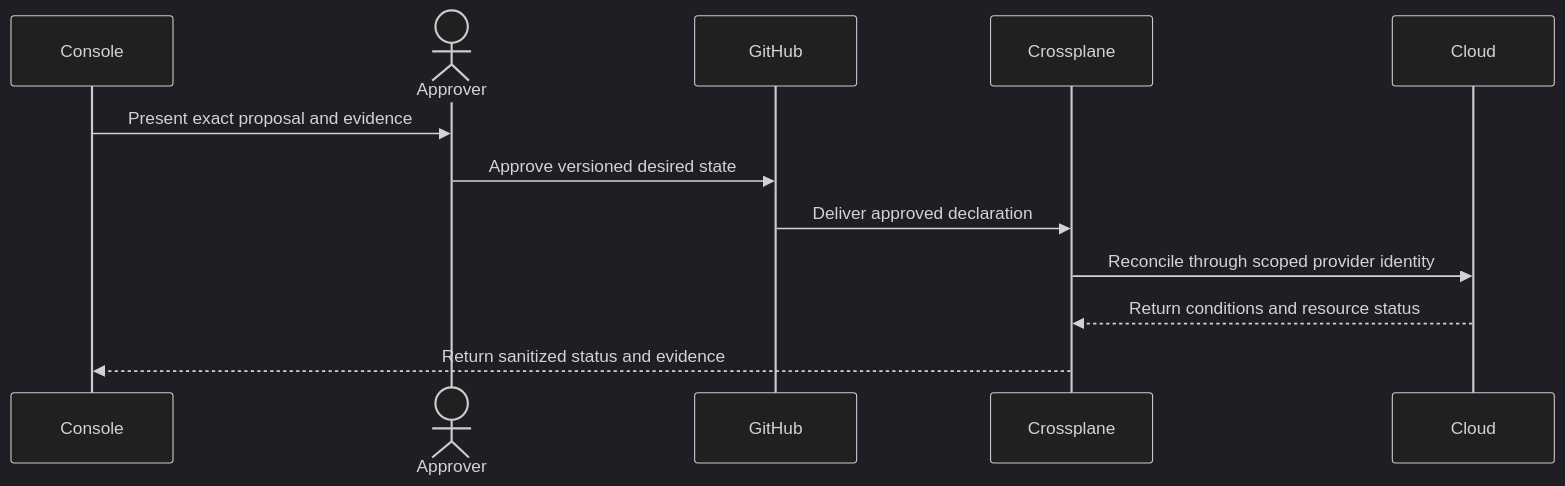
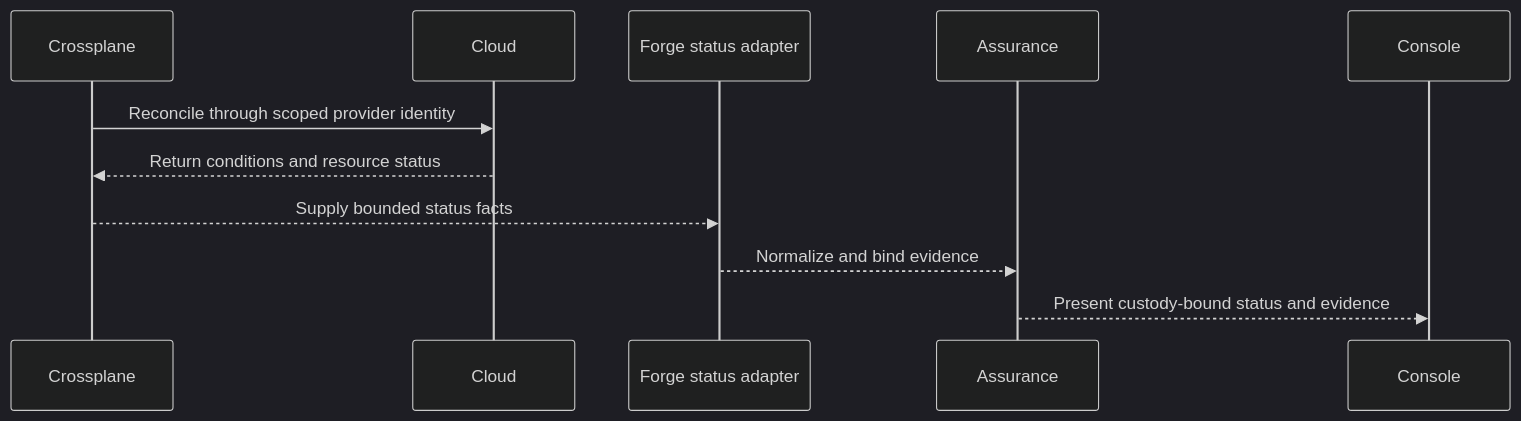
The fifth of 5 diagrams in docs/PRODUCT-ARCHITECTURE.md (InfrastructureProductWorks/ai-powered-infrastructure-as-a-product), drawn with Mermaid (dark theme) before and after one commit. The commit also changed other lines of this file, not shown here.

````diff
--- a/docs/PRODUCT-ARCHITECTURE.md
+++ b/docs/PRODUCT-ARCHITECTURE.md
@@ -181,15 +215,14 @@
 ```mermaid
 sequenceDiagram
-  participant Console
-  actor Approver
-  participant GitHub
   participant Crossplane
   participant Cloud
+  participant ForgeAdapter as Forge status adapter
+  participant Assurance
+  participant Console
 
-  Console->>Approver: Present exact proposal and evidence
-  Approver->>GitHub: Approve versioned desired state
-  GitHub->>Crossplane: Deliver approved declaration
   Crossplane->>Cloud: Reconcile through scoped provider identity
   Cloud-->>Crossplane: Return conditions and resource status
-  Crossplane-->>Console: Return sanitized status and evidence
+  Crossplane-->>ForgeAdapter: Supply bounded status facts
+  ForgeAdapter-->>Assurance: Normalize and bind evidence
+  Assurance-->>Console: Present custody-bound status and evidence
 ```
````
